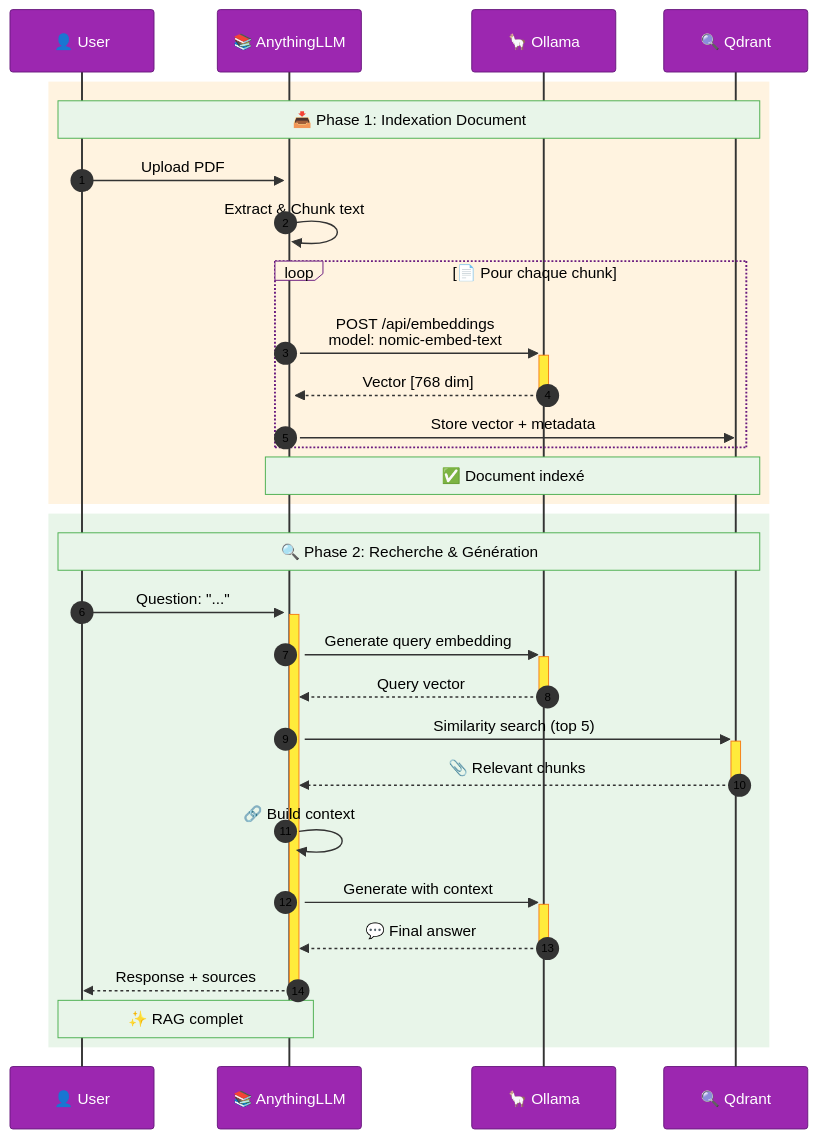
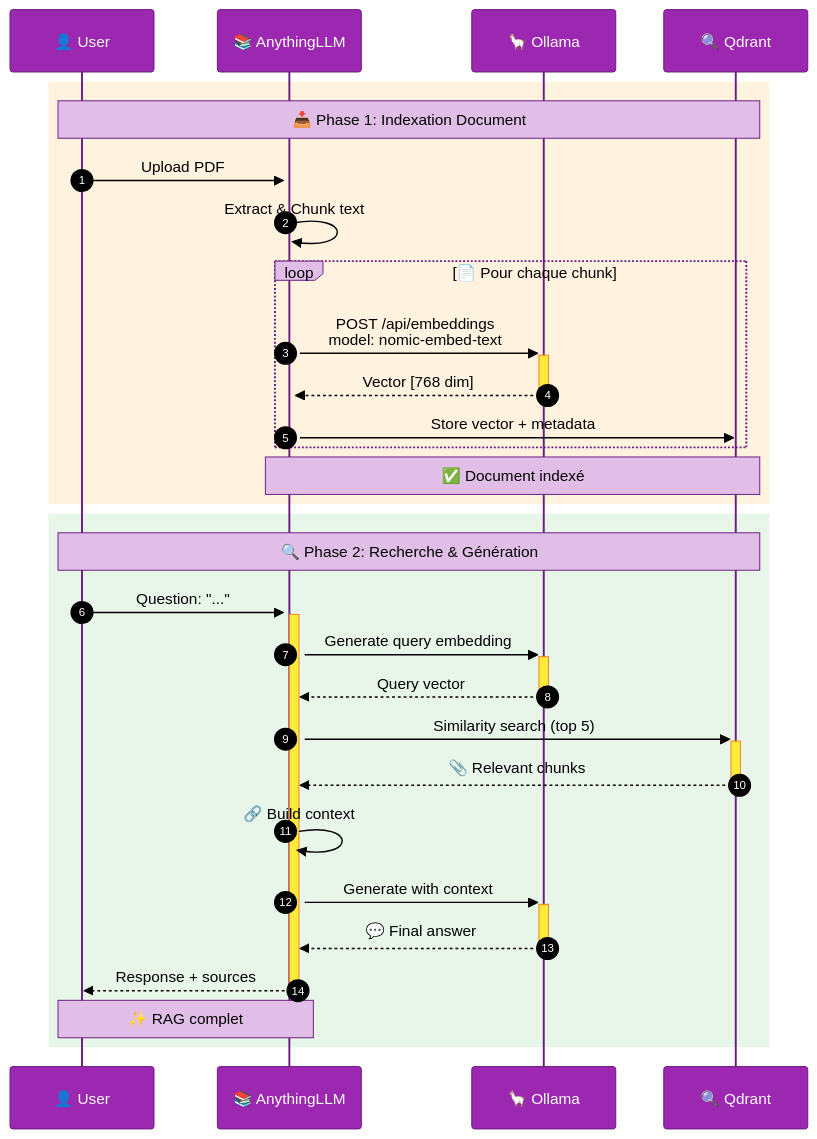
One commit to MPFabio/Stack-IA changed the eighth of 14 diagrams in docs/ARCHITECTURE.md. Above: the diagram before and after it, drawn with Mermaid. The commit also changed other lines of this file, not shown here.

````diff
--- a/docs/ARCHITECTURE.md
+++ b/docs/ARCHITECTURE.md
@@ -501,35 +501,35 @@
 ```mermaid
-%%{init: {'theme':'base', 'themeVariables': {'background':'#ffffff','mainBkg':'#ffffff','actorBkg':'#9C27B0','actorBorder':'#6a1b7f','actorTextColor':'#fff','actorLineColor':'#333','noteBkgColor':'#e8f5e9','noteTextColor':'#000','noteBorderColor':'#4caf50','signalColor':'#333','signalTextColor':'#000','labelBoxBkgColor':'#fff3e0','labelTextColor':'#000','loopTextColor':'#000','activationBkgColor':'#ffeb3b','activationBorderColor':'#f57f17','sequenceNumberColor':'#000'}}}%%
+%%{init: {'theme':'base', 'themeVariables': {'background':'#f3e5f5','mainBkg':'#f3e5f5','actorBkg':'#9C27B0','actorBorder':'#6a1b7f','actorTextColor':'#fff','actorLineColor':'#6a1b7f','noteBkgColor':'#e1bee7','noteTextColor':'#000','noteBorderColor':'#6a1b7f','signalColor':'#000','signalTextColor':'#000','labelBoxBkgColor':'#e1bee7','labelTextColor':'#000','loopTextColor':'#000','activationBkgColor':'#ffeb3b','activationBorderColor':'#f57f17','sequenceNumberColor':'#fff'}}}%%
 sequenceDiagram
     autonumber
     participant U as 👤 User
     participant A as 📚 AnythingLLM
     participant O as 🦙 Ollama
     participant Q as 🔍 Qdrant
     
     rect rgb(255, 243, 224)
         Note over U,Q: 📥 Phase 1: Indexation Document
         U->>+A: Upload PDF
         A->>A: Extract & Chunk text
         loop 📄 Pour chaque chunk
             A->>+O: POST /api/embeddings<br/>model: nomic-embed-text
             O-->>-A: Vector [768 dim]
             A->>Q: Store vector + metadata
         end
         Note over A,Q: ✅ Document indexé
     end
     
     rect rgb(232, 245, 233)
         Note over U,Q: 🔍 Phase 2: Recherche & Génération
         U->>+A: Question: "..."
         A->>+O: Generate query embedding
         O-->>-A: Query vector
         A->>+Q: Similarity search (top 5)
         Q-->>-A: 📎 Relevant chunks
         A->>A: 🔗 Build context
         A->>+O: Generate with context
         O-->>-A: 💬 Final answer
         A-->>-U: Response + sources
         Note over U,A: ✨ RAG complet
     end
 ```
````
